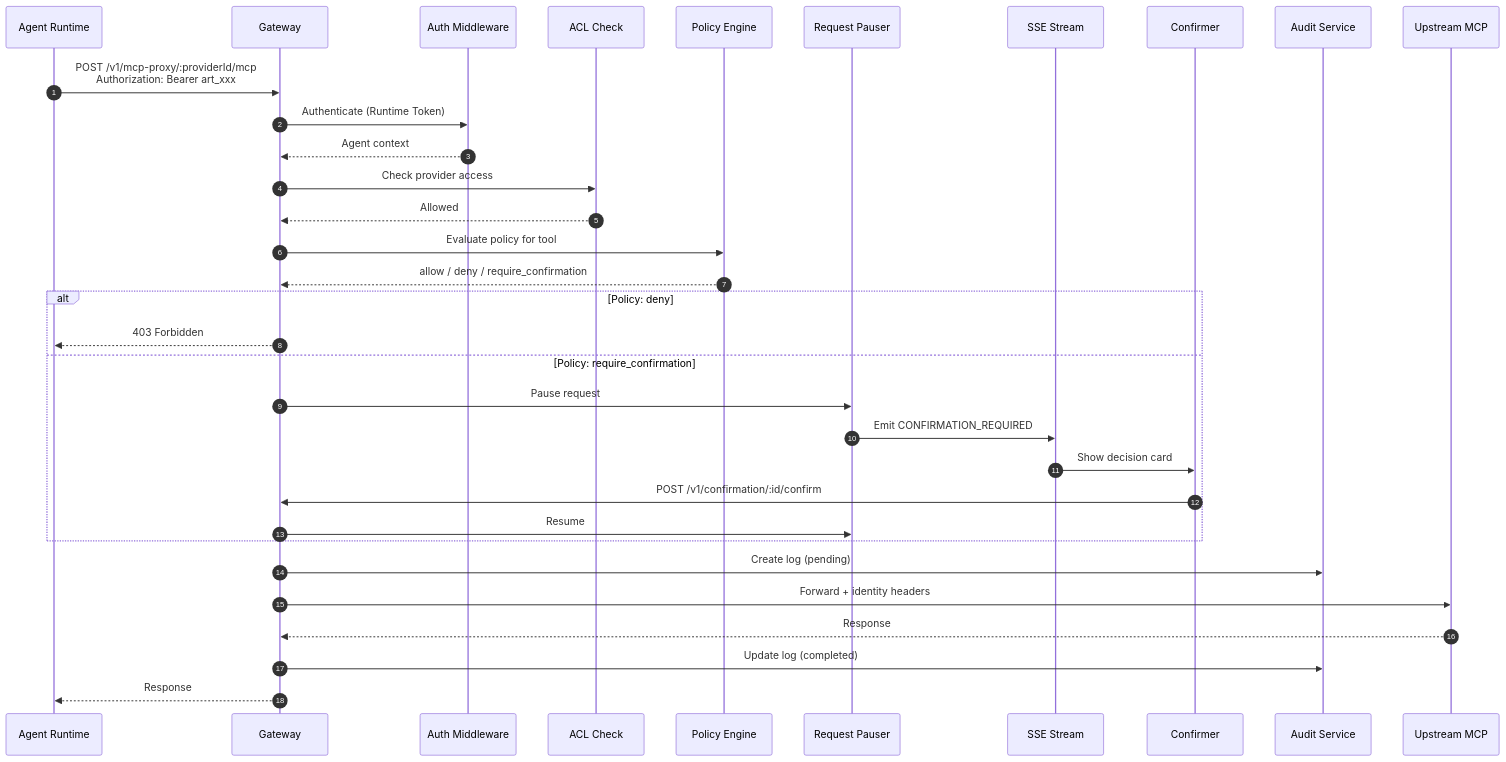
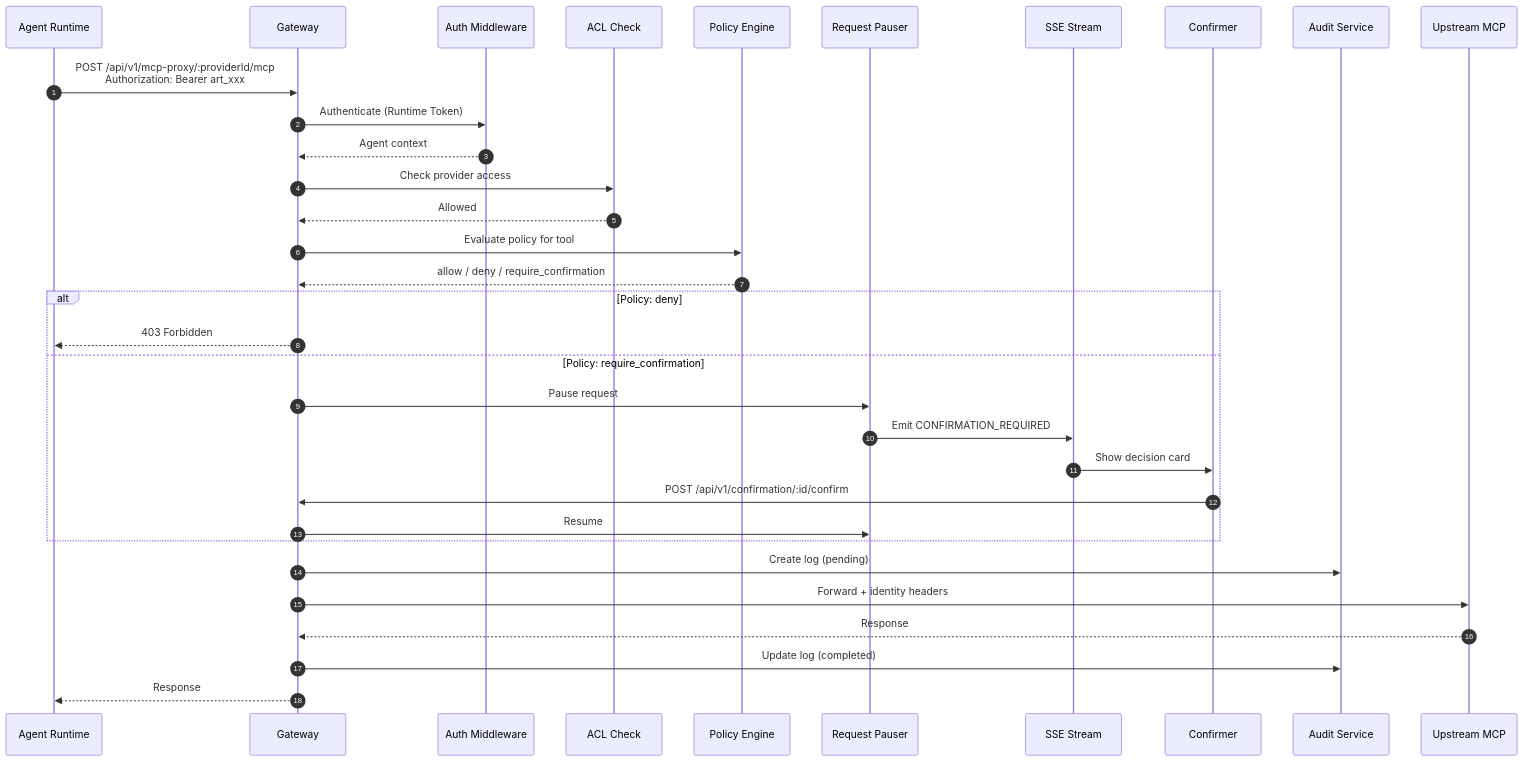
Before and after one commit to simplaix/simplaix-gateway: the second of 4 diagrams in README.md, drawn with Mermaid. The commit also changed other lines of this file, not shown here.

Commit message:
Update README.md to reflect changes in SDK naming, Node.js version, and API endpoints. Added health check command and clarified local development instructions. Updated configuration section with new JWT issuer and audience, and added bootstrap admin credentials.

````diff
--- a/README.md
+++ b/README.md
@@ -268,40 +283,40 @@
 ```mermaid
 sequenceDiagram
     autonumber
     participant C as Agent Runtime
     participant GW as Gateway
     participant Auth as Auth Middleware
     participant ACL as ACL Check
     participant PE as Policy Engine
     participant RP as Request Pauser
     participant SSE as SSE Stream
     participant U as Confirmer
     participant Audit as Audit Service
     participant MCP as Upstream MCP
 
-    C->>GW: POST /v1/mcp-proxy/:providerId/mcp<br/>Authorization: Bearer art_xxx
+    C->>GW: POST /api/v1/mcp-proxy/:providerId/mcp<br/>Authorization: Bearer art_xxx
     GW->>Auth: Authenticate (Runtime Token)
     Auth-->>GW: Agent context
 
     GW->>ACL: Check provider access
     ACL-->>GW: Allowed
 
     GW->>PE: Evaluate policy for tool
     PE-->>GW: allow / deny / require_confirmation
 
     alt Policy: deny
         GW-->>C: 403 Forbidden
     else Policy: require_confirmation
         GW->>RP: Pause request
         RP->>SSE: Emit CONFIRMATION_REQUIRED
         SSE->>U: Show decision card
-        U->>GW: POST /v1/confirmation/:id/confirm
+        U->>GW: POST /api/v1/confirmation/:id/confirm
         GW->>RP: Resume
     end
 
     GW->>Audit: Create log (pending)
     GW->>MCP: Forward + identity headers
     MCP-->>GW: Response
     GW->>Audit: Update log (completed)
     GW-->>C: Response
 ```
````
